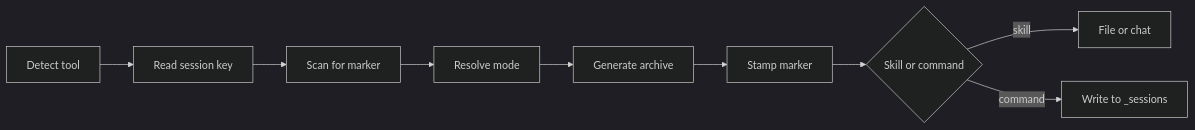
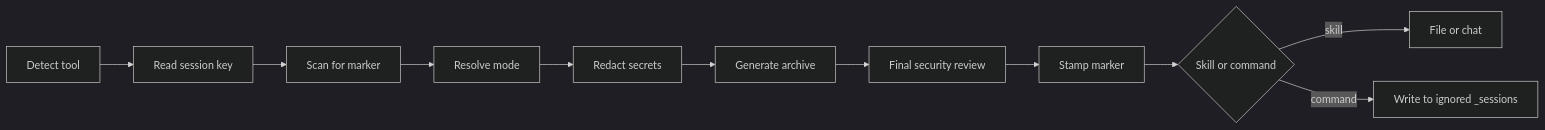
The second of 2 diagrams in README.md (thebpandey/session-detail), drawn with Mermaid (dark theme) before and after one commit. The commit also changed other lines of this file and 4 other files, not shown here.

First line of the commit message:
security: redact secrets from session archives

````diff
--- a/README.md
+++ b/README.md
@@ -142,11 +142,13 @@
 ```mermaid
 flowchart LR
     T[Detect tool] --> K[Read session key]
     K --> S[Scan for marker]
     S --> M[Resolve mode]
-    M --> G[Generate archive]
-    G --> P[Stamp marker]
+    M --> R[Redact secrets]
+    R --> G[Generate archive]
+    G --> V[Final security review]
+    V --> P[Stamp marker]
     P --> O{Skill or command}
     O -->|skill| E[File or chat]
-    O -->|command| W[Write to _sessions]
+    O -->|command| W[Write to ignored _sessions]
 ```
````
